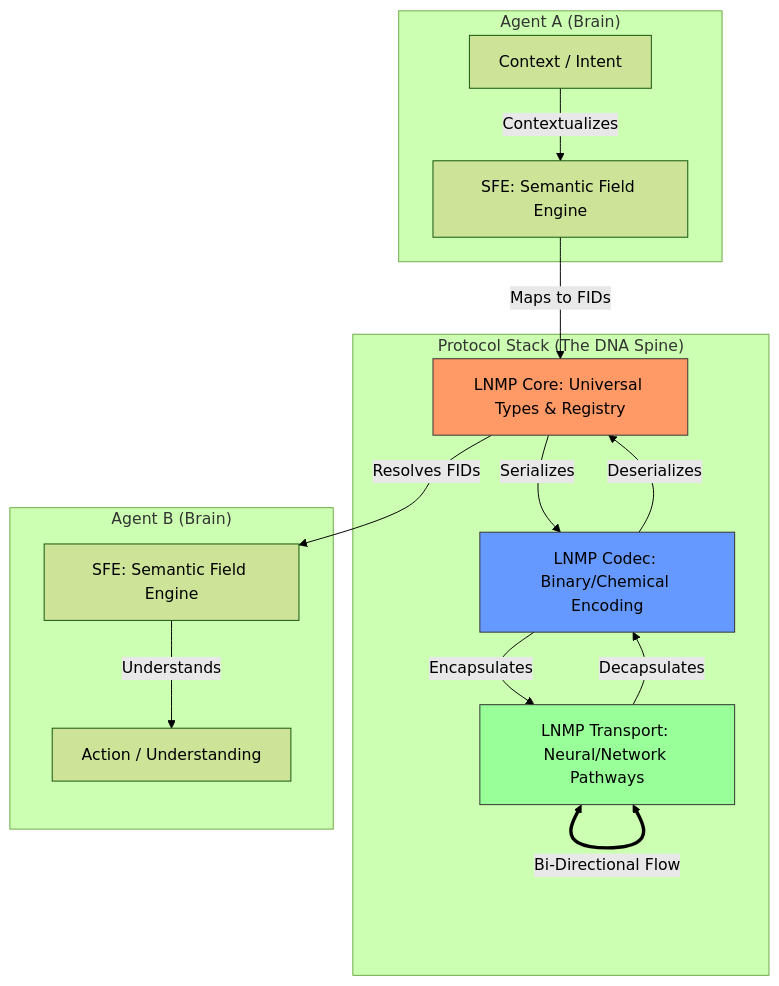
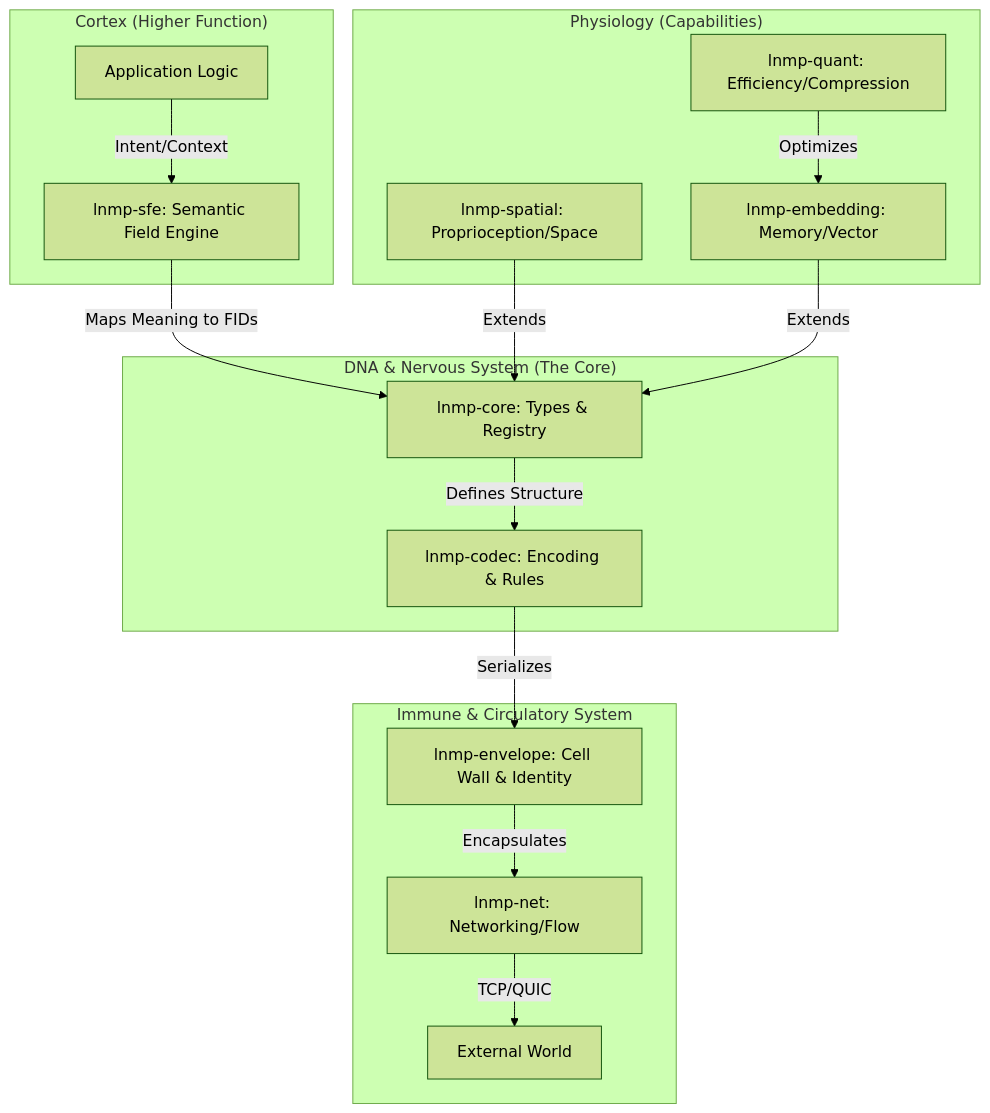
One commit to lnmplang/lnmp-protocol changed the first of 3 diagrams in spec/architecture-and-flow.md. Above: the diagram before and after it, drawn with Mermaid (forest theme). The commit also changed other lines of this file, not shown here.

Commit message:
feat: Revise architecture documentation to enhance clarity and detail on LNMP protocol structure and data flow

````diff
--- a/spec/architecture-and-flow.md
+++ b/spec/architecture-and-flow.md
@@ -9,36 +9,40 @@
 ```mermaid
 graph TD
-    subgraph "Agent A (Brain)"
-        A_Ctx[Context / Intent]
-        A_SFE[SFE: Semantic Field Engine]
+    %% Brain & Intent
+    subgraph "Cortex (Higher Function)"
+        App[Application Logic]
+        SFE[lnmp-sfe: Semantic Field Engine]
+        App -->|Intent/Context| SFE
     end
 
-    subgraph "Protocol Stack (The DNA Spine)"
-        Core[LNMP Core: Universal Types & Registry]
-        Codec[LNMP Codec: Binary/Chemical Encoding]
-        Trans[LNMP Transport: Neural/Network Pathways]
+    %% Core System
+    subgraph "DNA & Nervous System (The Core)"
+        Core[lnmp-core: Types & Registry]
+        Codec[lnmp-codec: Encoding & Rules]
     end
 
-    subgraph "Agent B (Brain)"
-        B_SFE[SFE: Semantic Field Engine]
-        B_Ctx[Action / Understanding]
+    %% Body & Capabilities
+    subgraph "Physiology (Capabilities)"
+        Spatial[lnmp-spatial: Proprioception/Space]
+        Emb[lnmp-embedding: Memory/Vector]
+        Quant[lnmp-quant: Efficiency/Compression]
+    end
+
+    %% Protection & Transport
+    subgraph "Immune & Circulatory System"
+        Env[lnmp-envelope: Cell Wall & Identity]
+        Net[lnmp-net: Networking/Flow]
+        Net -->|TCP/QUIC| Ext[External World]
     end
 
     %% Connections
-    A_Ctx -->|Contextualizes| A_SFE
-    A_SFE -->|Maps to FIDs| Core
-    Core -->|Serializes| Codec
-    Codec -->|Encapsulates| Trans
+    SFE -->|Maps Meaning to FIDs| Core
+    Core -->|Defines Structure| Codec
     
-    Trans <==>|Bi-Directional Flow| Trans
+    Codec -->|Serializes| Env
+    Env -->|Encapsulates| Net
     
-    Trans -->|Decapsulates| Codec
-    Codec -->|Deserializes| Core
-    Core -->|Resolves FIDs| B_SFE
-    B_SFE -->|Understands| B_Ctx
-
-    %% Styling
-    style Core fill:#f96,stroke:#333
-    style Codec fill:#69f,stroke:#333
-    style Trans fill:#9f9,stroke:#333
+    Spatial -->|Extends| Core
+    Emb -->|Extends| Core
+    Quant -->|Optimizes| Emb
 ```
````
